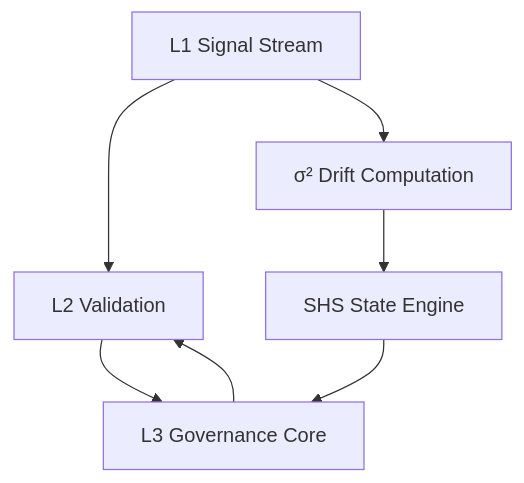
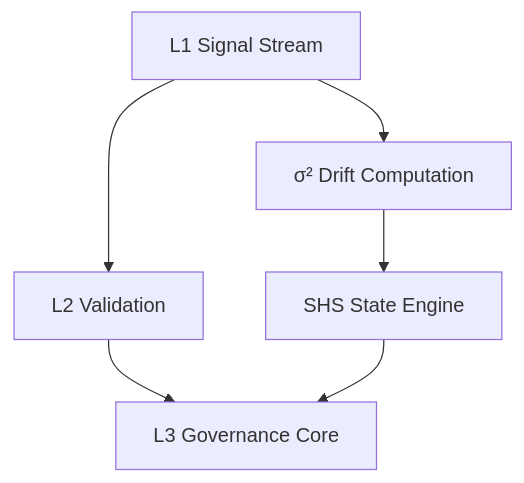
Before and after one commit to GeneralSergal/ORP: the third of 5 diagrams in README.md, drawn with Mermaid. The commit also changed other lines of this file, not shown here.

````diff
--- a/README.md
+++ b/README.md
@@ -69,12 +58,8 @@
 ```mermaid
 flowchart TD
-    L1[L1 Signal Stream]
-    L2[L2 Validation]
-    L3[L3 Governance Core]
-    SIGMA[σ² Drift Computation]
-    SHS[SHS State Engine]
-
-    L1 --> L2 --> L3
-    L1 --> SIGMA --> SHS --> L3
-    L3 --> L2
+    L1[L1 Signal Stream] --> L2[L2 Validation]
+    L2 --> L3[L3 Governance Core]
+    L1 --> SIGMA[σ² Drift Computation]
+    SIGMA --> SHS[SHS State Engine]
+    SHS --> L3
 ```
````
